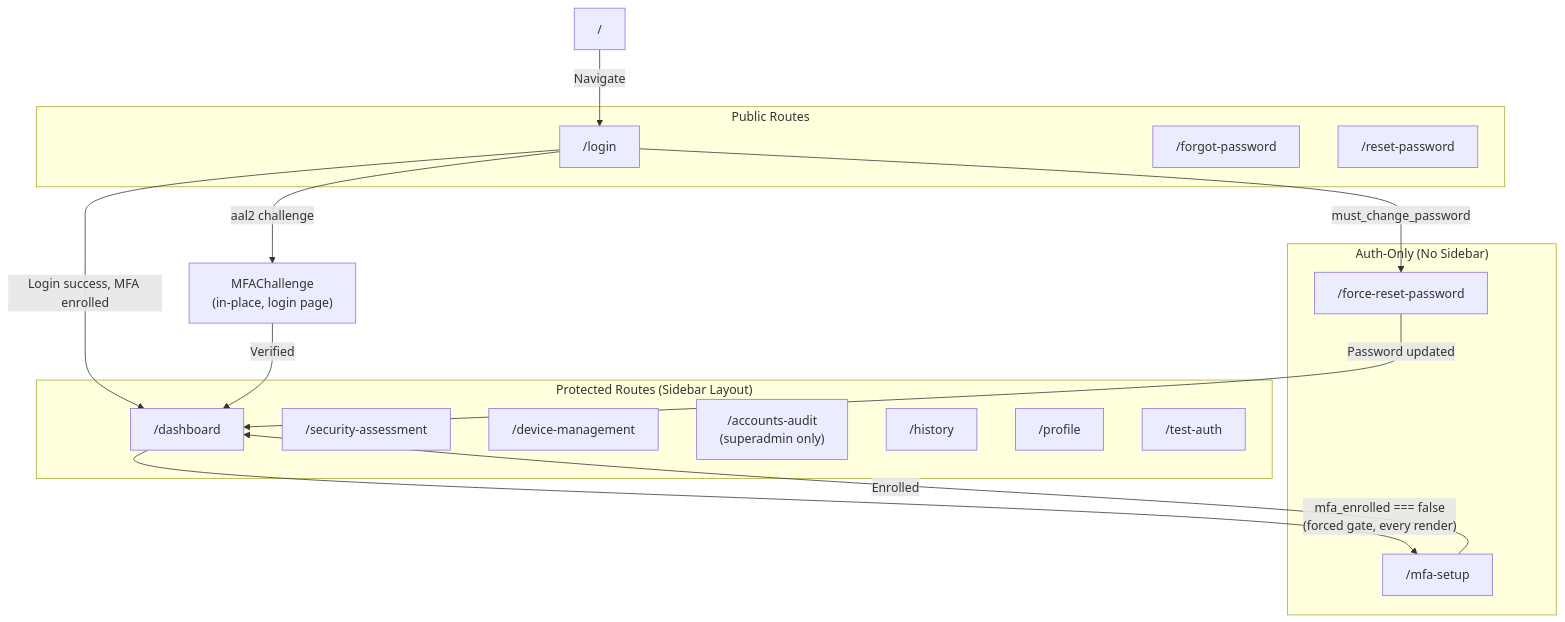
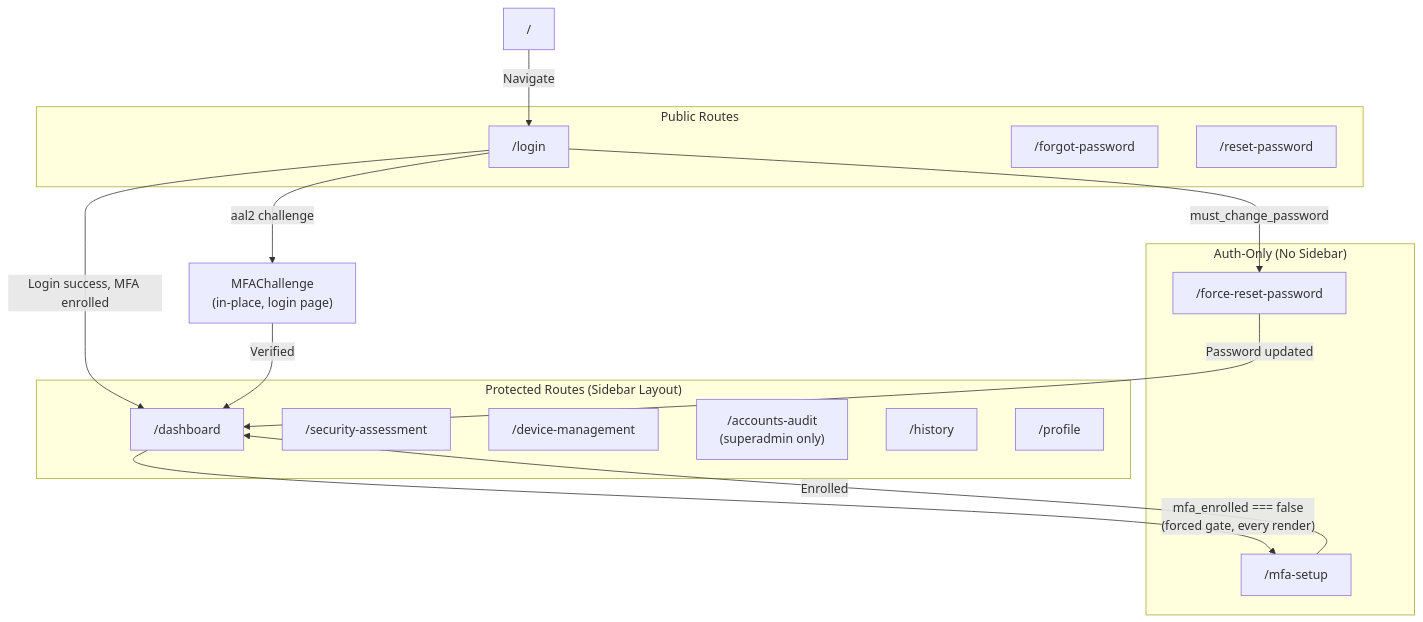
Before and after one commit to micoescsr/testWebApp: the first of 3 diagrams in docs/PAGES_ROUTES_AND_USER_FLOWS.md, drawn with Mermaid. The commit also changed other lines of this file and 148 other files, not shown here.

````diff
--- a/docs/PAGES_ROUTES_AND_USER_FLOWS.md
+++ b/docs/PAGES_ROUTES_AND_USER_FLOWS.md
@@ -36,33 +35,32 @@
 ```mermaid
 graph TD
     ROOT["/"] -->|Navigate| LOGIN["/login"]
     
     subgraph "Public Routes"
         LOGIN
         FORGOT["/forgot-password"]
         RESET["/reset-password"]
     end
 
     subgraph "Auth-Only (No Sidebar)"
         FORCE["/force-reset-password"]
         MFASETUP["/mfa-setup"]
     end
 
     subgraph "Protected Routes (Sidebar Layout)"
         DASH["/dashboard"]
         SAM["/security-assessment"]
         DEV["/device-management"]
         ACC["/accounts-audit<br/>(superadmin only)"]
         HIST["/history"]
         PROF["/profile"]
-        TEST["/test-auth"]
     end
 
     LOGIN -->|"Login success, MFA enrolled"| DASH
     LOGIN -->|"must_change_password"| FORCE
     LOGIN -->|"aal2 challenge"| MFACHAL["MFAChallenge<br/>(in-place, login page)"]
     MFACHAL -->|"Verified"| DASH
     FORCE -->|"Password updated"| DASH
     DASH -->|"mfa_enrolled === false<br/>(forced gate, every render)"| MFASETUP
     MFASETUP -->|"Enrolled"| DASH
 ```
````
